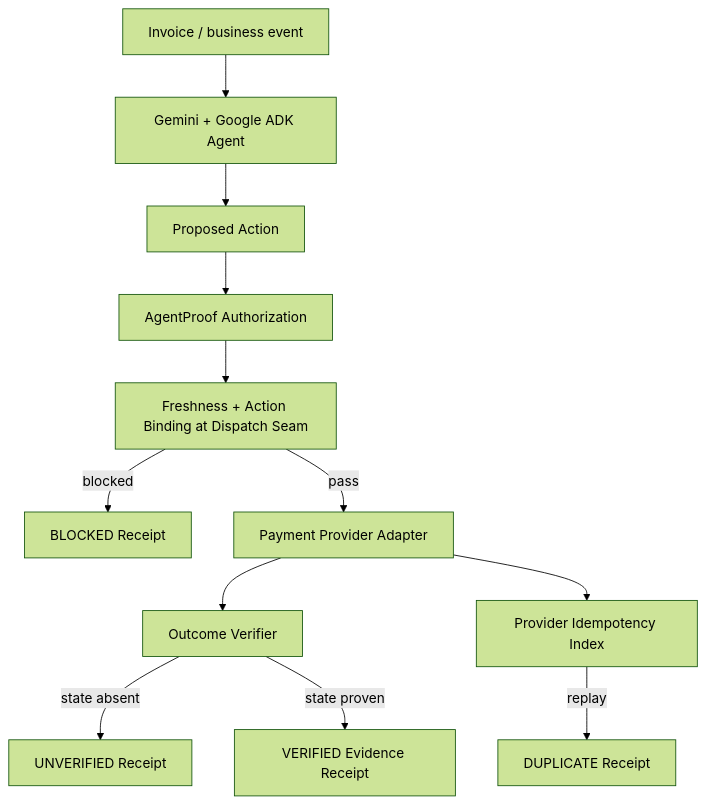
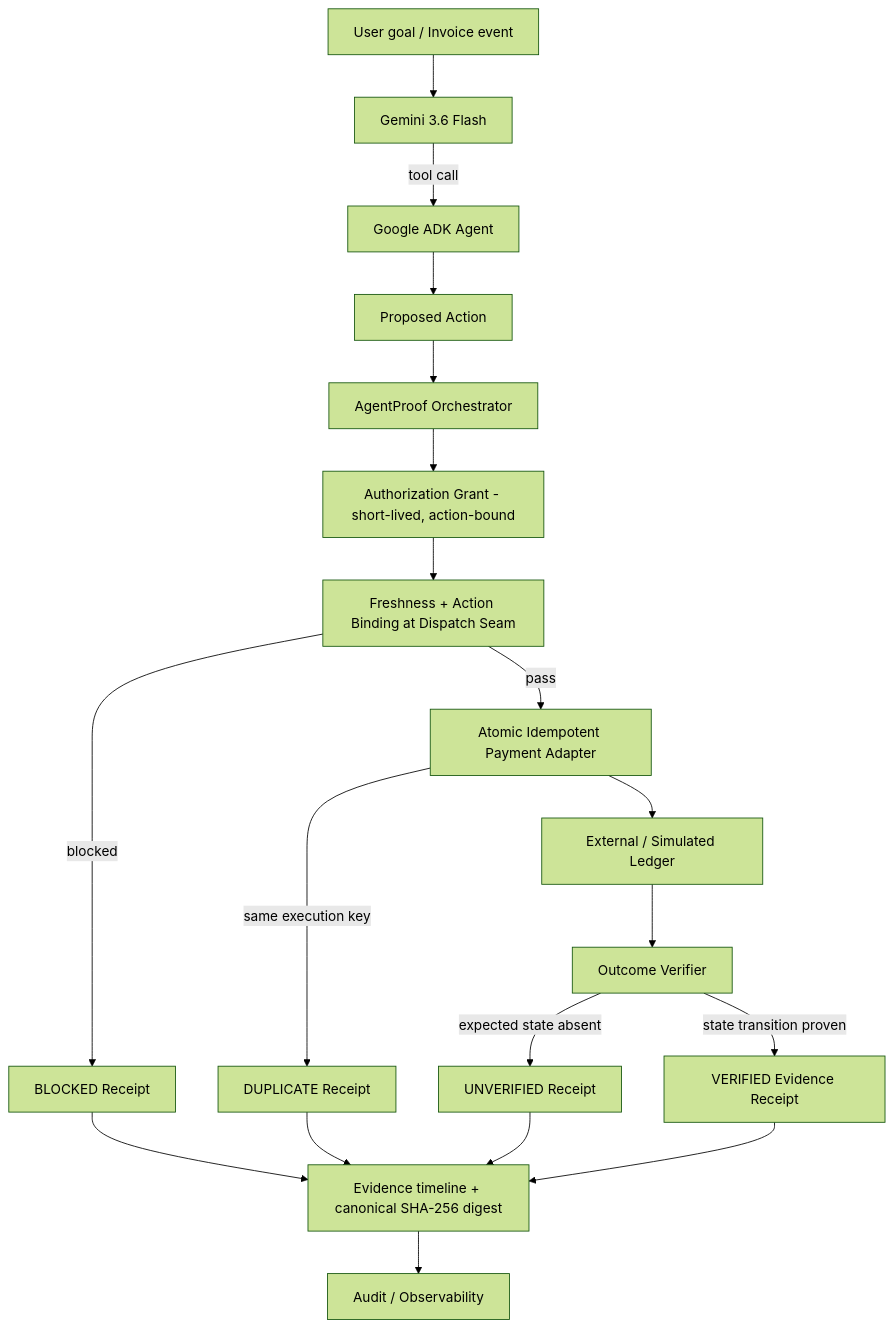
Before and after one commit to safal207/safal207-AgentProof-AI: the diagram in docs/architecture.mmd, drawn with Mermaid (forest theme). The commit also changed 8 other files, not shown here.

First line of the commit message:
harden AgentProof for hackathon deployment (#1)

```diff
--- a/docs/architecture.mmd
+++ b/docs/architecture.mmd
@@ -1,12 +1,19 @@
 flowchart TD
-    E[Invoice / business event] --> G[Gemini + Google ADK Agent]
-    G --> P[Proposed Action]
-    P --> A[AgentProof Authorization]
-    A --> F[Freshness + Action Binding at Dispatch Seam]
+    E[User goal / Invoice event] --> G[Gemini 3.6 Flash]
+    G -->|tool call| A[Google ADK Agent]
+    A --> P[Proposed Action]
+    P --> Z[AgentProof Orchestrator]
+    Z --> GR[Authorization Grant - short-lived, action-bound]
+    GR --> F[Freshness + Action Binding at Dispatch Seam]
     F -->|blocked| B[BLOCKED Receipt]
-    F -->|pass| X[Payment Provider Adapter]
-    X --> O[Outcome Verifier]
-    O -->|state absent| U[UNVERIFIED Receipt]
-    O -->|state proven| V[VERIFIED Evidence Receipt]
-    X --> I[Provider Idempotency Index]
-    I -->|replay| D[DUPLICATE Receipt]
+    F -->|pass| X[Atomic Idempotent Payment Adapter]
+    X -->|same execution key| D[DUPLICATE Receipt]
+    X --> O[External / Simulated Ledger]
+    O --> V[Outcome Verifier]
+    V -->|expected state absent| U[UNVERIFIED Receipt]
+    V -->|state transition proven| S[VERIFIED Evidence Receipt]
+    B --> R[Evidence timeline + canonical SHA-256 digest]
+    D --> R
+    U --> R
+    S --> R
+    R --> AU[Audit / Observability]
```
